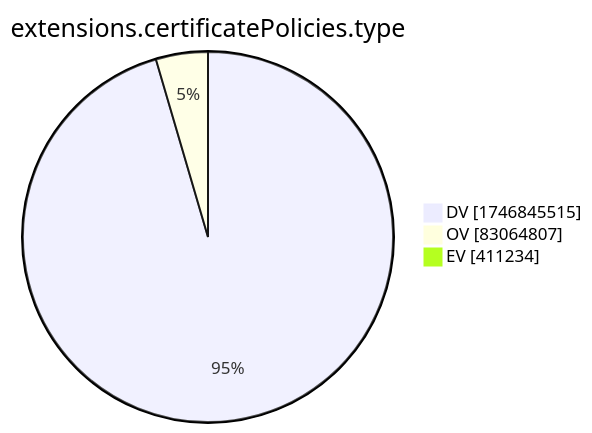
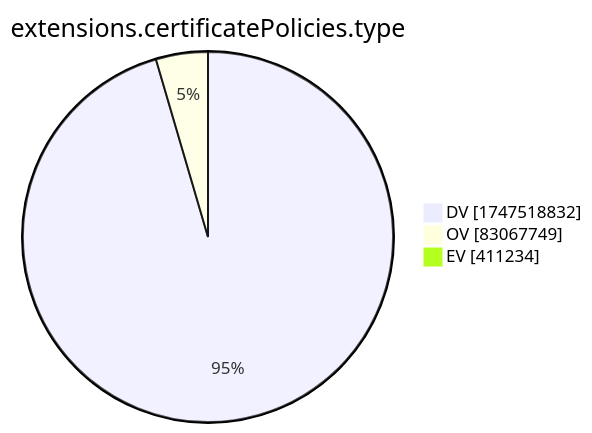
The tenth of 15 diagrams in xenon2022/README.md (christiankrug/ctmonitor_visualization), drawn with Mermaid before and after one commit. The commit also changed other lines of this file, not shown here.

````diff
--- a/xenon2022/README.md
+++ b/xenon2022/README.md
@@ -2881,7 +2881,7 @@
 ```mermaid
 pie showData
 title extensions.certificatePolicies.type
-"DV" :1746845515
-"OV" :83064807
+"DV" :1747518832
+"OV" :83067749
 "EV" :411234
 ```
````
